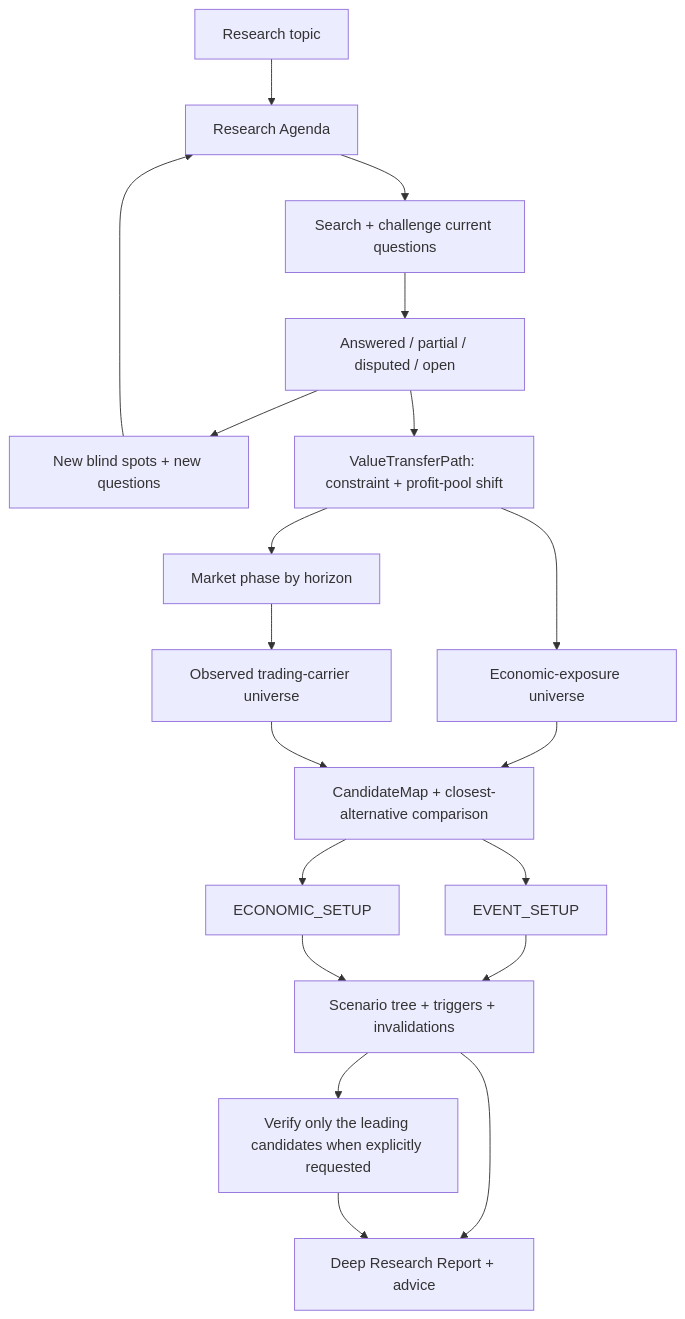
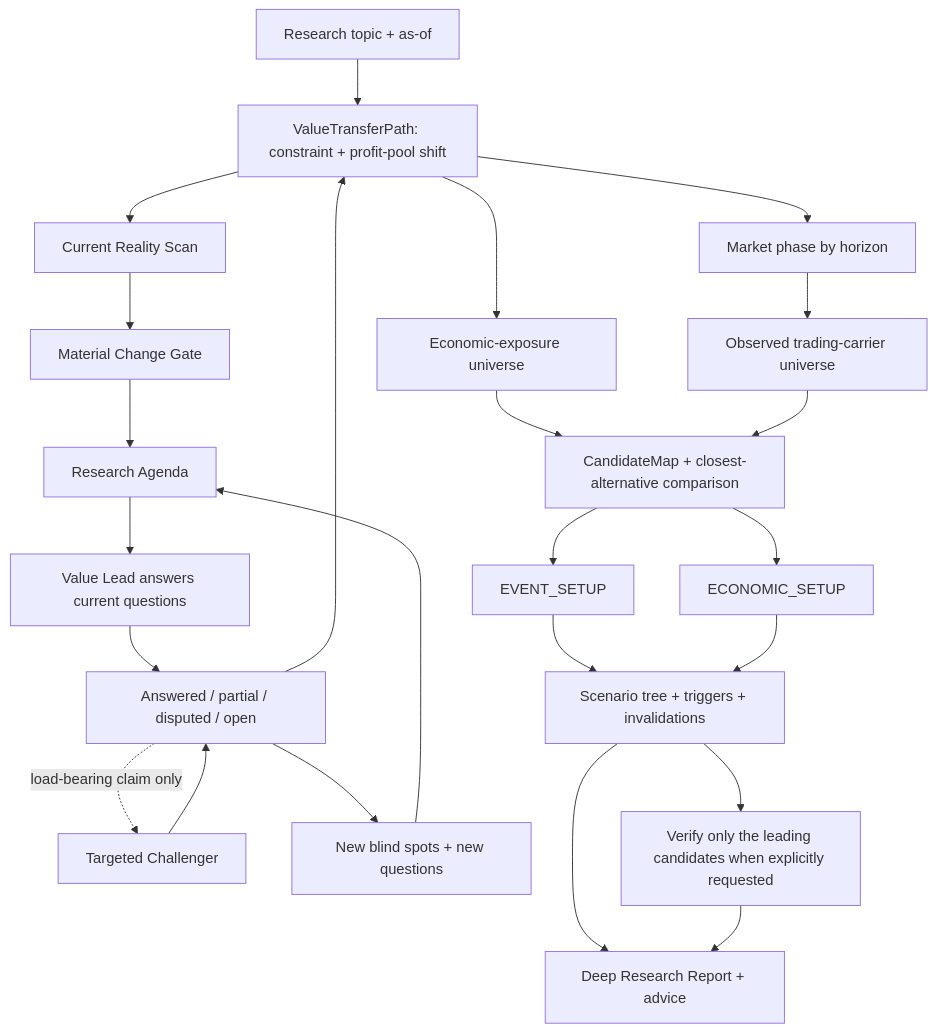
One commit to Thhoho/trade-nothing changed the diagram in docs/architecture.md. Above: the diagram before and after it, drawn with Mermaid. The commit also changed other lines of this file and 52 other files, not shown here.

````diff
--- a/docs/architecture.md
+++ b/docs/architecture.md
@@ -47,21 +51,26 @@
 ```mermaid
 flowchart TD
-    U["Research topic"] --> A["Research Agenda"]
-    A --> R["Search + challenge current questions"]
+    U["Research topic + as-of"] --> P["Primary entities"]
+    P --> T["Current Reality Scan"]
+    T --> G["Material Change Gate"]
+    G --> A["Research Agenda"]
+    A --> R["Value Lead answers current questions"]
     R --> Q["Answered / partial / disputed / open"]
+    Q -. "load-bearing claim only" .-> H["Targeted Challenger"]
+    H --> Q
     Q --> X["New blind spots + new questions"]
     X --> A
     Q --> P["ValueTransferPath: constraint + profit-pool shift"]
     P --> M["Market phase by horizon"]
     P --> E1["Economic-exposure universe"]
     M --> E2["Observed trading-carrier universe"]
     E1 --> C["CandidateMap + closest-alternative comparison"]
     E2 --> C
     C --> E["EVENT_SETUP"]
     C --> N["ECONOMIC_SETUP"]
     E --> S["Scenario tree + triggers + invalidations"]
     N --> S
     S --> V["Verify only the leading candidates when explicitly requested"]
     S --> B["Deep Research Report + advice"]
     V --> B
 ```
````
